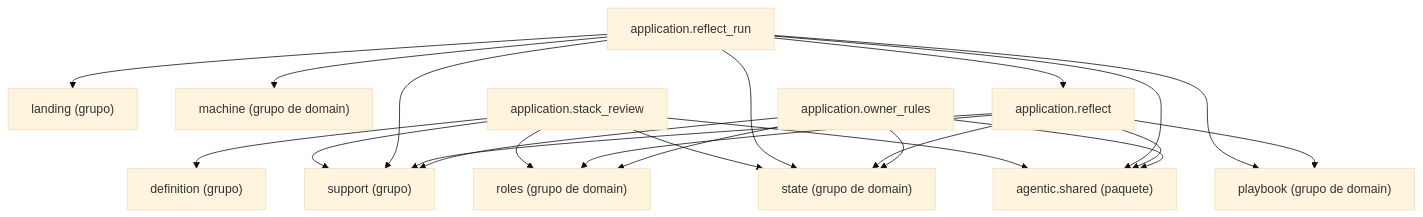
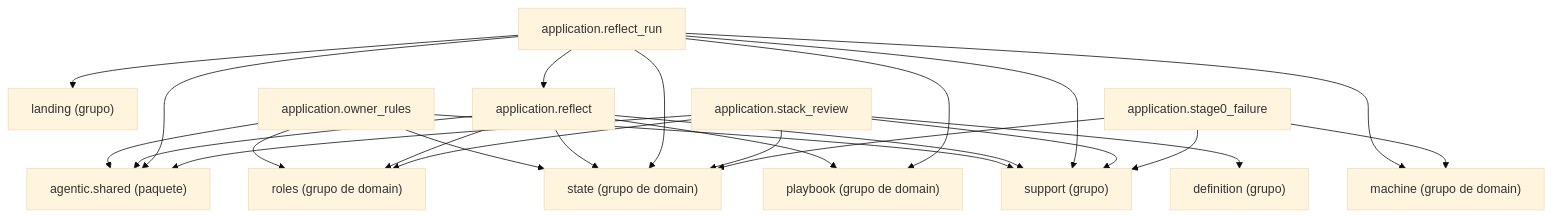
The diagram in docs/architecture/generated/packages-process-application-reflection.md (GonzaloZevallos/agentic-system), drawn with Mermaid (base theme) before and after one commit. The commit also changed 5 other files, not shown here.

````diff
--- a/docs/architecture/generated/packages-process-application-reflection.md
+++ b/docs/architecture/generated/packages-process-application-reflection.md
@@ -16,36 +16,40 @@
 ```mermaid
 graph TD
     g_application__definition["definition (grupo)"]
     g_application__landing["landing (grupo)"]
     g_application__support["support (grupo)"]
     g_domain__machine["machine (grupo de domain)"]
     g_domain__playbook["playbook (grupo de domain)"]
     g_domain__roles["roles (grupo de domain)"]
     g_domain__state["state (grupo de domain)"]
     g_pkg__agentic__shared["agentic.shared (paquete)"]
     m_application__owner_rules["application.owner_rules"]
     m_application__reflect["application.reflect"]
     m_application__reflect_run["application.reflect_run"]
     m_application__stack_review["application.stack_review"]
+    m_application__stage0_failure["application.stage0_failure"]
     m_application__owner_rules --> g_application__support
     m_application__owner_rules --> g_domain__roles
     m_application__owner_rules --> g_domain__state
     m_application__owner_rules --> g_pkg__agentic__shared
     m_application__reflect --> g_application__support
     m_application__reflect --> g_domain__playbook
     m_application__reflect --> g_domain__roles
     m_application__reflect --> g_domain__state
     m_application__reflect --> g_pkg__agentic__shared
     m_application__reflect_run --> g_application__landing
     m_application__reflect_run --> g_application__support
     m_application__reflect_run --> g_domain__machine
     m_application__reflect_run --> g_domain__playbook
     m_application__reflect_run --> g_domain__state
     m_application__reflect_run --> g_pkg__agentic__shared
     m_application__reflect_run --> m_application__reflect
     m_application__stack_review --> g_application__definition
     m_application__stack_review --> g_application__support
     m_application__stack_review --> g_domain__roles
     m_application__stack_review --> g_domain__state
     m_application__stack_review --> g_pkg__agentic__shared
+    m_application__stage0_failure --> g_application__support
+    m_application__stage0_failure --> g_domain__machine
+    m_application__stage0_failure --> g_domain__state
 ```
````
